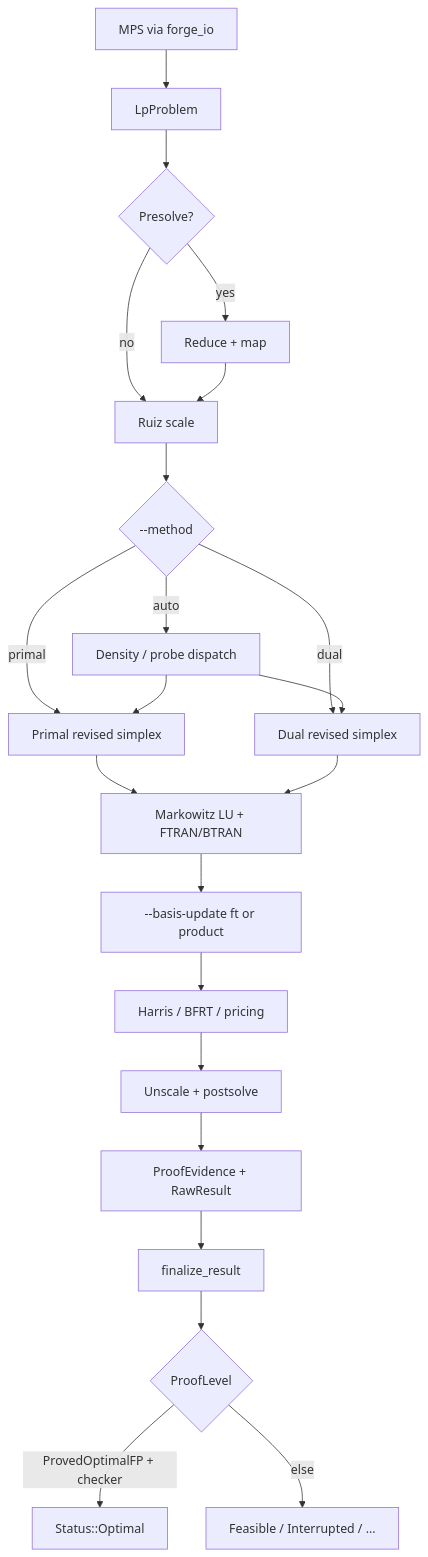
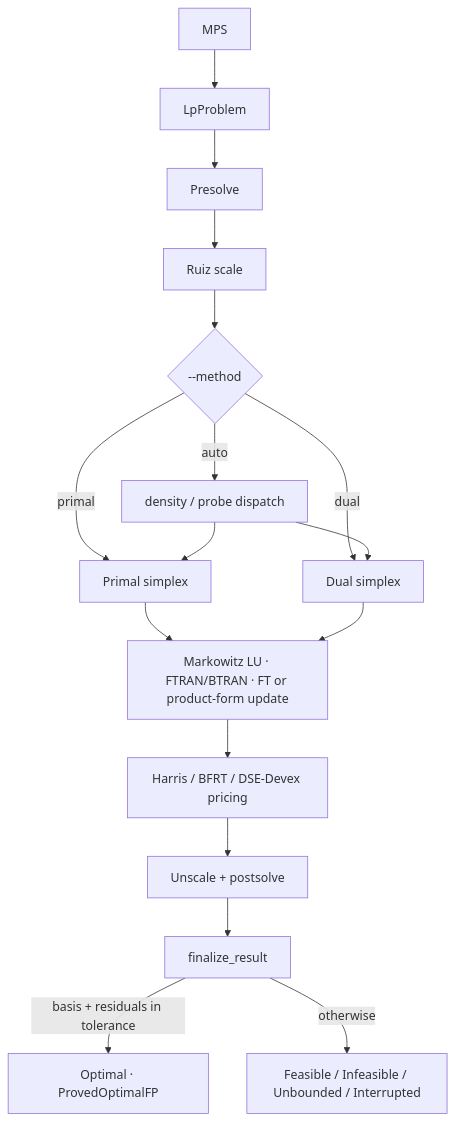
The second of 5 diagrams in docs/architecture.md (YashSuthar983/Forge), drawn with Mermaid before and after one commit. The commit also changed other lines of this file and 9 other files, not shown here.

Commit message:
chore: updated docs and architecture

````diff
--- a/docs/architecture.md
+++ b/docs/architecture.md
@@ -136,24 +124,14 @@
 ```mermaid
 flowchart TD
-  A[MPS via forge_io] --> B[LpProblem]
-  B --> C{Presolve?}
-  C -->|yes| D[Reduce + map]
-  C -->|no| E[Ruiz scale]
-  D --> E
-  E --> F{--method}
-  F -->|auto| G[Density / probe dispatch]
-  F -->|primal| H[Primal revised simplex]
-  F -->|dual| I[Dual revised simplex]
-  G --> H
-  G --> I
-  H --> J[Markowitz LU + FTRAN/BTRAN]
-  I --> J
-  J --> K[--basis-update ft or product]
-  K --> L[Harris / BFRT / pricing]
-  L --> M[Unscale + postsolve]
-  M --> N[ProofEvidence + RawResult]
-  N --> O[finalize_result]
-  O --> P{ProofLevel}
-  P -->|ProvedOptimalFP + checker| Q[Status::Optimal]
-  P -->|else| R[Feasible / Interrupted / ...]
+  A[MPS] --> B[LpProblem] --> C[Presolve] --> D[Ruiz scale]
+  D --> E{--method}
+  E -->|auto| F[density / probe dispatch]
+  E -->|primal| G[Primal simplex]
+  E -->|dual| H[Dual simplex]
+  F --> G & H
+  G & H --> I[Markowitz LU · FTRAN/BTRAN · FT or product-form update]
+  I --> J[Harris / BFRT / DSE-Devex pricing]
+  J --> K[Unscale + postsolve] --> L[finalize_result]
+  L -->|basis + residuals in tolerance| M[Optimal · ProvedOptimalFP]
+  L -->|otherwise| N[Feasible / Infeasible / Unbounded / Interrupted]
 ```
````
